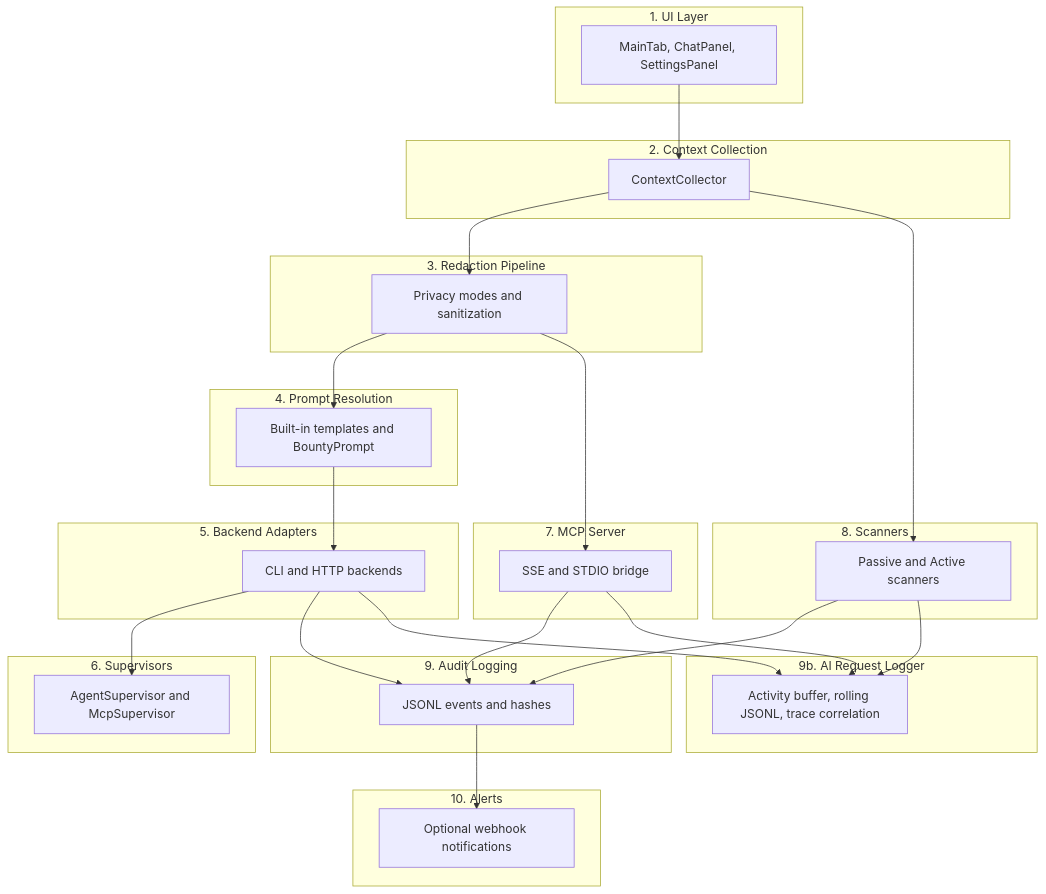
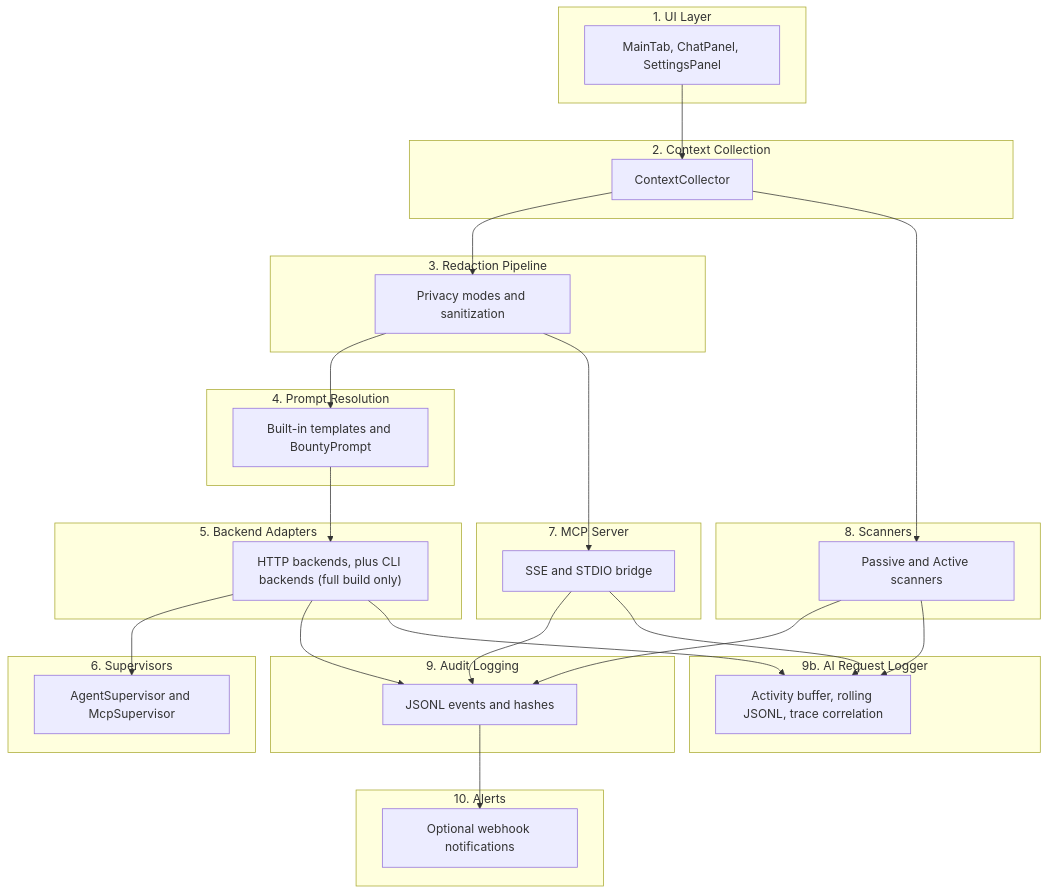
The first of 2 diagrams in developer/architecture.md (six2dez/burp-ai-agent-docs), drawn with Mermaid before and after one commit. The commit also changed other lines of this file and 3 other files, not shown here.

````diff
--- a/developer/architecture.md
+++ b/developer/architecture.md
@@ -7,58 +7,58 @@
 ```mermaid
 flowchart TD
     subgraph L1[1. UI Layer]
       UI[MainTab, ChatPanel, SettingsPanel]
     end
 
     subgraph L2[2. Context Collection]
       CC[ContextCollector]
     end
 
     subgraph L3[3. Redaction Pipeline]
       RP[Privacy modes and sanitization]
     end
 
     subgraph L4[4. Prompt Resolution]
       PR[Built-in templates and BountyPrompt]
     end
 
     subgraph L5[5. Backend Adapters]
-      BA[CLI and HTTP backends]
+      BA["HTTP backends, plus CLI backends (full build only)"]
     end
 
     subgraph L6[6. Supervisors]
       SUP[AgentSupervisor and McpSupervisor]
     end
 
     subgraph L7[7. MCP Server]
       MCP[SSE and STDIO bridge]
     end
 
     subgraph L8[8. Scanners]
       SCN[Passive and Active scanners]
     end
 
     subgraph L9[9. Audit Logging]
       AUD[JSONL events and hashes]
     end
 
     subgraph L9b[9b. AI Request Logger]
       RQL[Activity buffer, rolling JSONL, trace correlation]
     end
 
     subgraph L10[10. Alerts]
       ALT[Optional webhook notifications]
     end
 
     UI --> CC --> RP --> PR --> BA
     BA --> SUP
     CC --> SCN
     RP --> MCP
     BA --> AUD
     BA --> RQL
     SCN --> AUD
     SCN --> RQL
     MCP --> AUD
     MCP --> RQL
     AUD --> ALT
 ```
````
